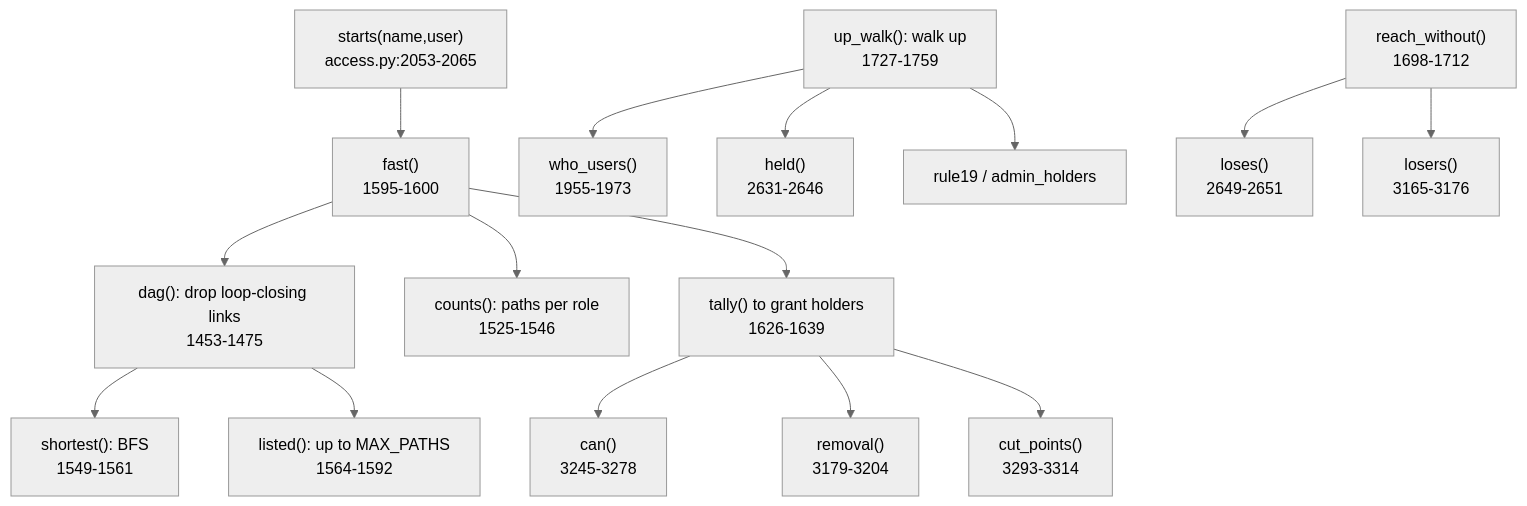
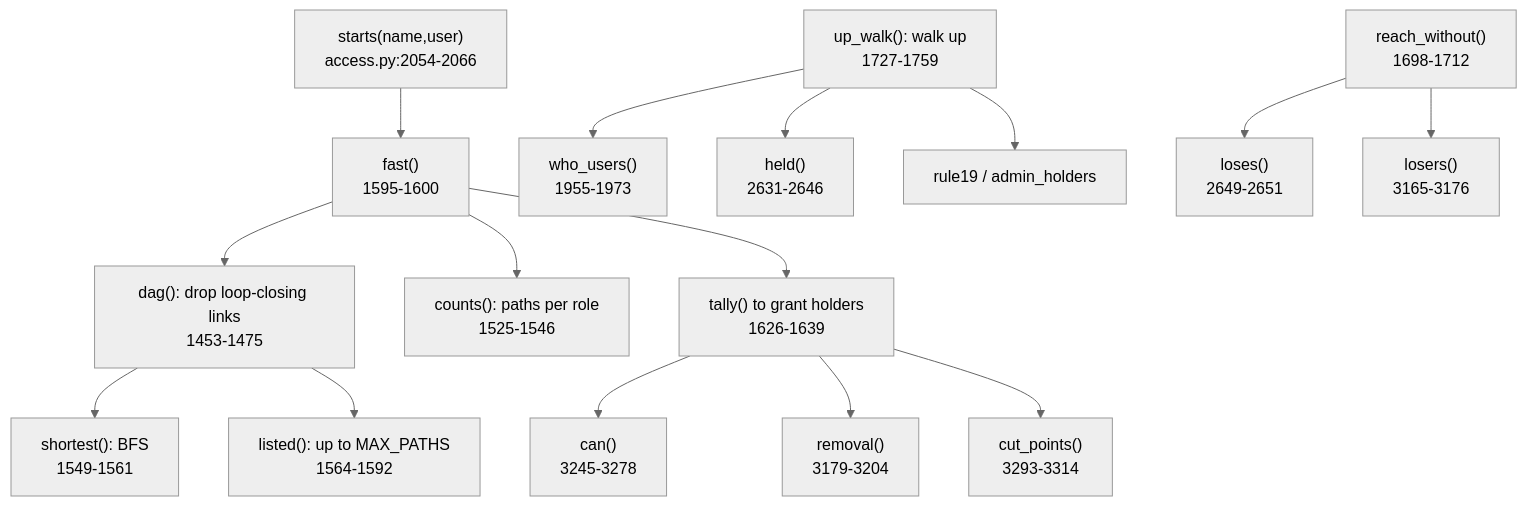
The diagram in snowflake-access-explorer-knowledge-graph/logic/walks.md (darshanmeel/snowflake-access-explorer), drawn with Mermaid (neutral theme) before and after one commit. The commit also changed other lines of this file and 55 other files, not shown here.

Commit message:
Docs and knowledge graph: background refresh, saved reads, DuckDB rule walk, kept rule results; graph line refs re-synced

````diff
--- a/snowflake-access-explorer-knowledge-graph/logic/walks.md
+++ b/snowflake-access-explorer-knowledge-graph/logic/walks.md
@@ -6,17 +6,17 @@
 ```mermaid
 flowchart TD
-  ST["starts(name,user)<br/>access.py:2053-2065"] --> FA["fast()<br/>1595-1600"]
+  ST["starts(name,user)<br/>access.py:2054-2066"] --> FA["fast()<br/>1595-1600"]
   FA --> DAG["dag(): drop loop-closing links<br/>1453-1475"]
   FA --> CNT["counts(): paths per role<br/>1525-1546"]
   DAG --> SH["shortest(): BFS<br/>1549-1561"]
   DAG --> LI["listed(): up to MAX_PATHS<br/>1564-1592"]
   FA --> TA["tally() to grant holders<br/>1626-1639"]
   TA --> CAN["can()<br/>3245-3278"]
   TA --> REM["removal()<br/>3179-3204"]
   TA --> CUT["cut_points()<br/>3293-3314"]
   UW["up_walk(): walk up<br/>1727-1759"] --> WU["who_users()<br/>1955-1973"]
   UW --> HE["held()<br/>2631-2646"]
   UW --> R19["rule19 / admin_holders"]
   RW["reach_without()<br/>1698-1712"] --> LO["loses()<br/>2649-2651"]
   RW --> LS["losers()<br/>3165-3176"]
 ```
````
